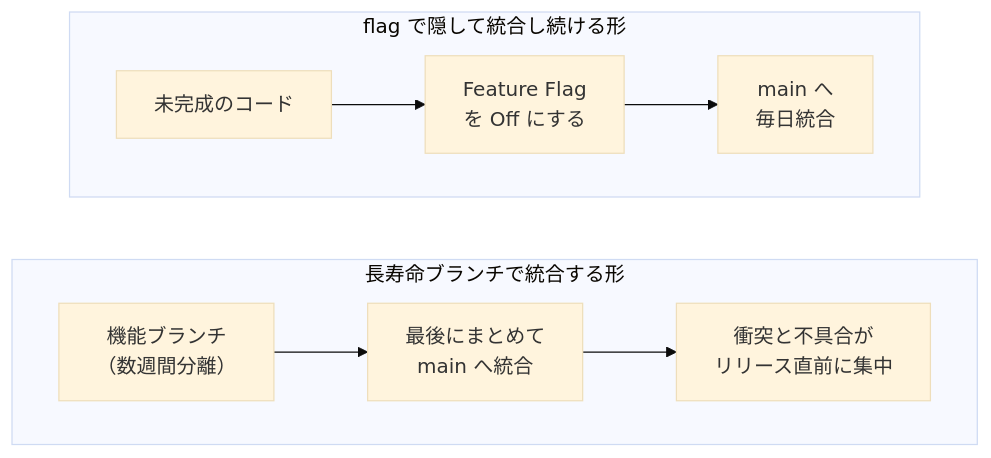
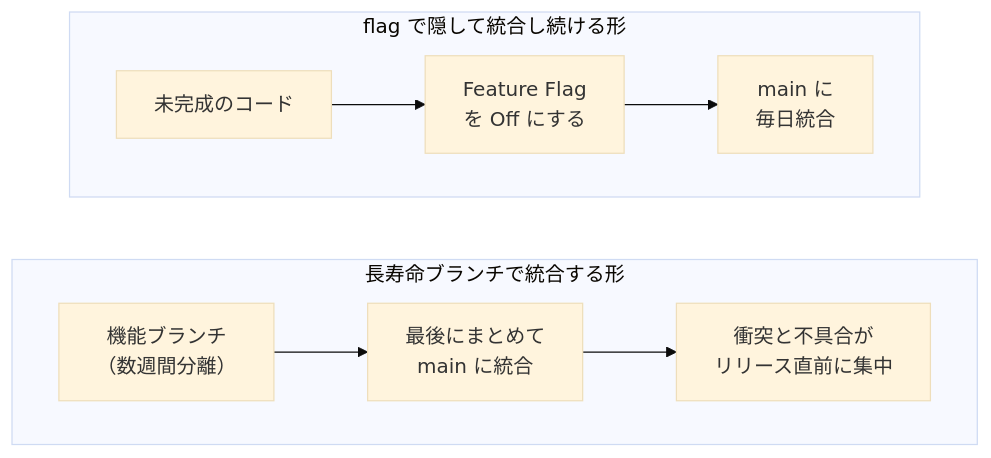
The second of 6 diagrams in content/notes/software-architecture/feature-flag/index.md (nao1215/debimate), drawn with Mermaid (base theme) before and after one commit. The commit also changed other lines of this file and 46 other files, not shown here.

````diff
--- a/content/notes/software-architecture/feature-flag/index.md
+++ b/content/notes/software-architecture/feature-flag/index.md
@@ -37,13 +37,13 @@
 ```mermaid
 flowchart LR
     subgraph L["長寿命ブランチで統合する形"]
         direction LR
-        B1["機能ブランチ<br/>（数週間分離）"] --> M1["最後にまとめて<br/>main へ統合"]
+        B1["機能ブランチ<br/>（数週間分離）"] --> M1["最後にまとめて<br/>main に統合"]
         M1 --> R1["衝突と不具合が<br/>リリース直前に集中"]
     end
     subgraph T["flag で隠して統合し続ける形"]
         direction LR
         C1["未完成のコード"] --> Fl["Feature Flag<br/>を Off にする"]
-        Fl --> M2["main へ<br/>毎日統合"]
+        Fl --> M2["main に<br/>毎日統合"]
     end
 ```
````
